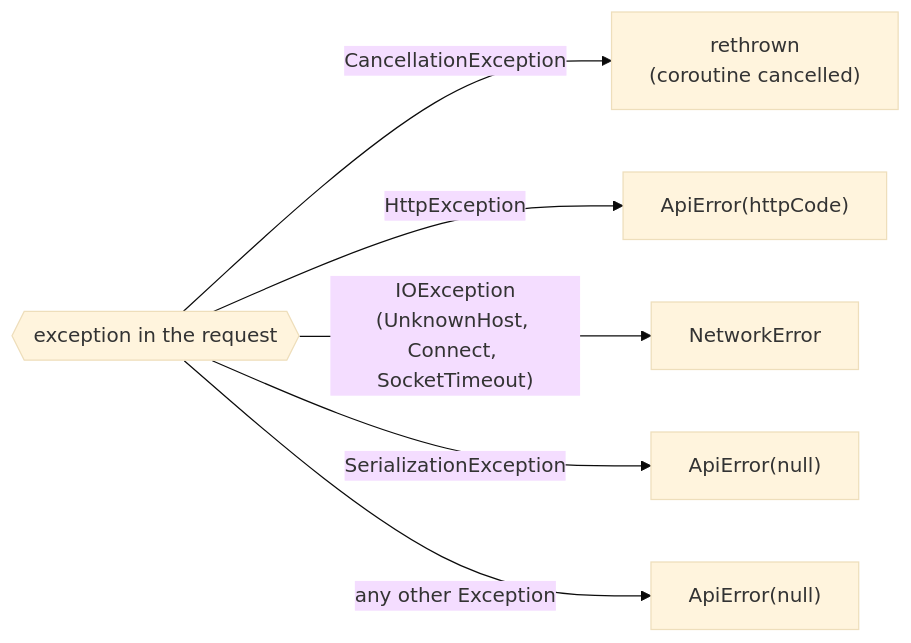
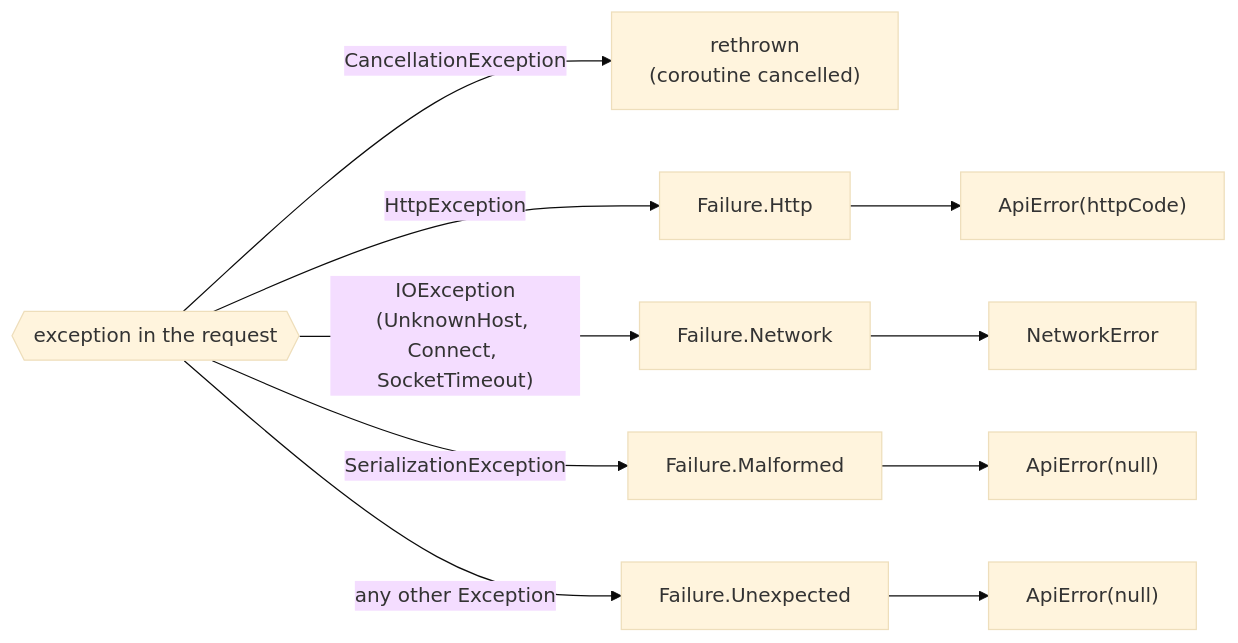
The third of 3 diagrams in README.md (alexfin90/StackOverFlowAssignment), drawn with Mermaid (base theme) before and after one commit. The commit also changed other lines of this file, not shown here.

````diff
--- a/README.md
+++ b/README.md
@@ -122,9 +135,13 @@
 ```mermaid
 flowchart LR
     ex{{"exception in the request"}}
     ex -->|CancellationException| rethrow["rethrown<br/>(coroutine cancelled)"]
-    ex -->|HttpException| api1["ApiError(httpCode)"]
-    ex -->|"IOException<br/>(UnknownHost, Connect, SocketTimeout)"| net["NetworkError"]
-    ex -->|SerializationException| api2["ApiError(null)"]
-    ex -->|"any other Exception"| api3["ApiError(null)"]
+    ex -->|HttpException| h["Failure.Http"]
+    ex -->|"IOException<br/>(UnknownHost, Connect, SocketTimeout)"| n["Failure.Network"]
+    ex -->|SerializationException| m["Failure.Malformed"]
+    ex -->|"any other Exception"| u["Failure.Unexpected"]
+    h --> api1["ApiError(httpCode)"]
+    n --> net["NetworkError"]
+    m --> api2["ApiError(null)"]
+    u --> api3["ApiError(null)"]
 ```
````
